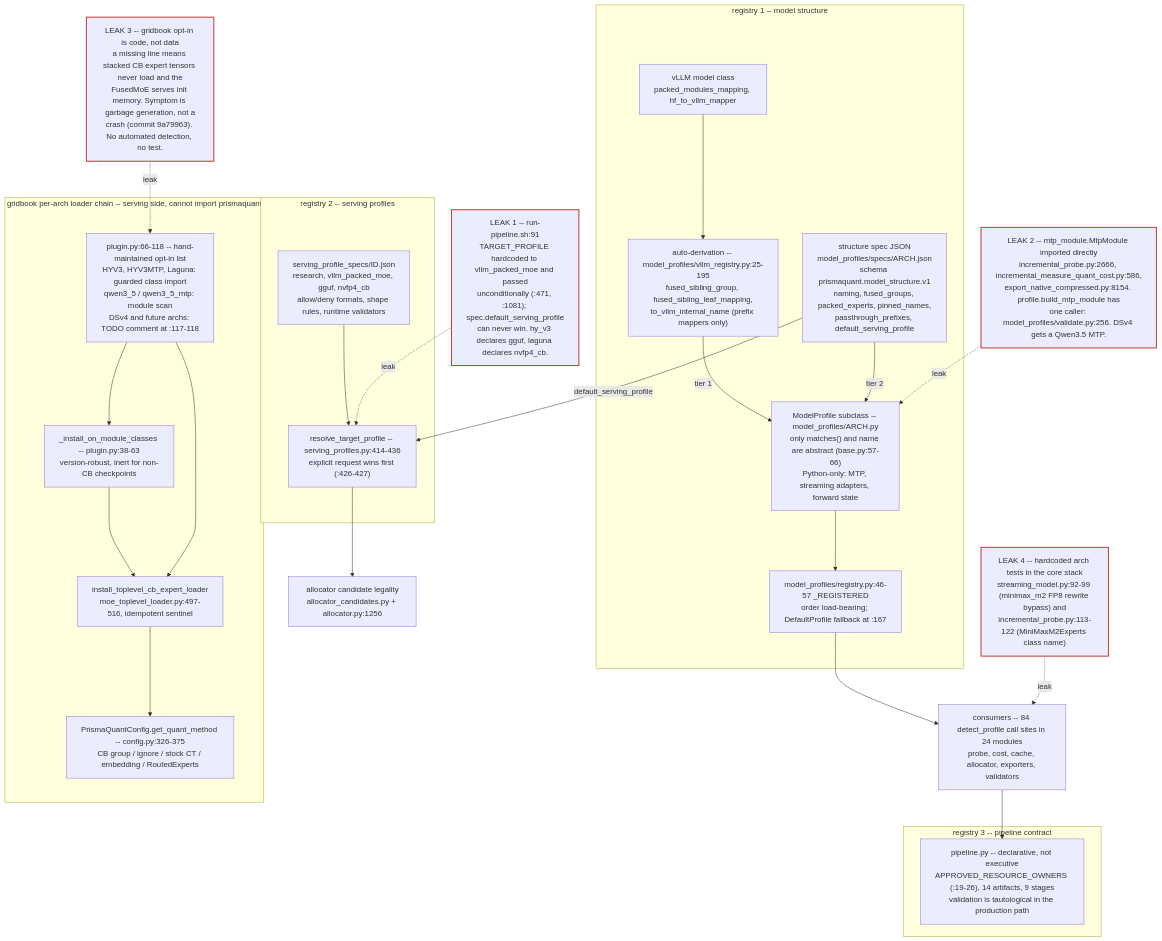
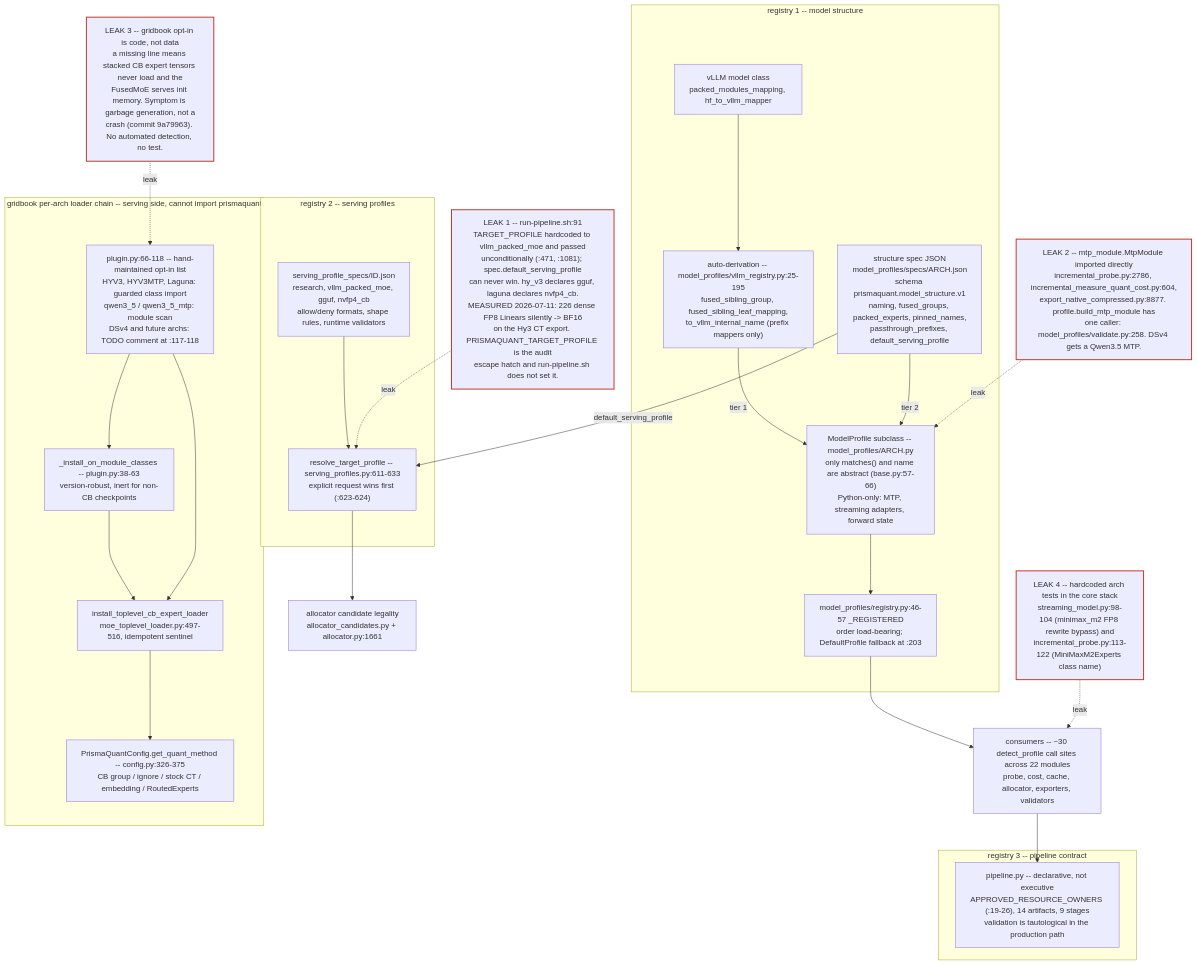
Before and after one commit to JeffreyLatter/prismaquant: the second of 3 diagrams in docs/ARCHITECTURE.md, drawn with Mermaid. The commit also changed other lines of this file and 3 other files, not shown here.

````diff
--- a/docs/ARCHITECTURE.md
+++ b/docs/ARCHITECTURE.md
@@ -882,57 +1046,57 @@
 ```mermaid
 flowchart TD
   subgraph R1["registry 1 -- model structure"]
     VLLMCLS["vLLM model class<br/>packed_modules_mapping, hf_to_vllm_mapper"]
     DERIVE["auto-derivation -- model_profiles/vllm_registry.py:25-195<br/>fused_sibling_group, fused_sibling_leaf_mapping,<br/>to_vllm_internal_name (prefix mappers only)"]
     SPEC["structure spec JSON<br/>model_profiles/specs/ARCH.json<br/>schema prismaquant.model_structure.v1<br/>naming, fused_groups, packed_experts, pinned_names,<br/>passthrough_prefixes, default_serving_profile"]
     PROF["ModelProfile subclass -- model_profiles/ARCH.py<br/>only matches() and name are abstract (base.py:57-66)<br/>Python-only: MTP, streaming adapters, forward state"]
-    REGY["model_profiles/registry.py:46-57 _REGISTERED<br/>order load-bearing; DefaultProfile fallback at :167"]
+    REGY["model_profiles/registry.py:46-57 _REGISTERED<br/>order load-bearing; DefaultProfile fallback at :203"]
   end
 
   VLLMCLS --> DERIVE
   DERIVE -->|"tier 1"| PROF
   SPEC -->|"tier 2"| PROF
   PROF --> REGY
 
-  CONSUMERS["consumers -- 84 detect_profile call sites in 24 modules<br/>probe, cost, cache, allocator, exporters, validators"]
+  CONSUMERS["consumers -- ~30 detect_profile call sites across 22 modules<br/>probe, cost, cache, allocator, exporters, validators"]
   REGY --> CONSUMERS
 
   subgraph R2["registry 2 -- serving profiles"]
     SPROF["serving_profile_specs/ID.json<br/>research, vllm_packed_moe, gguf, nvfp4_cb<br/>allow/deny formats, shape rules, runtime validators"]
-    RESOLVE["resolve_target_profile -- serving_profiles.py:414-436<br/>explicit request wins first (:426-427)"]
+    RESOLVE["resolve_target_profile -- serving_profiles.py:611-633<br/>explicit request wins first (:623-624)"]
   end
 
   SPEC -->|"default_serving_profile"| RESOLVE
   SPROF --> RESOLVE
-  RESOLVE --> ALLOCGATE["allocator candidate legality<br/>allocator_candidates.py + allocator.py:1256"]
+  RESOLVE --> ALLOCGATE["allocator candidate legality<br/>allocator_candidates.py + allocator.py:1661"]
 
   subgraph R3["registry 3 -- pipeline contract"]
     PIPE["pipeline.py -- declarative, not executive<br/>APPROVED_RESOURCE_OWNERS (:19-26), 14 artifacts, 9 stages<br/>validation is tautological in the production path"]
   end
   CONSUMERS --> PIPE
 
   subgraph GB["gridbook per-arch loader chain -- serving side, cannot import prismaquant"]
     GBPLUG["plugin.py:66-118 -- hand-maintained opt-in list<br/>HYV3, HYV3MTP, Laguna: guarded class import<br/>qwen3_5 / qwen3_5_mtp: module scan<br/>DSv4 and future archs: TODO comment at :117-118"]
     GBSCAN["_install_on_module_classes -- plugin.py:38-63<br/>version-robust, inert for non-CB checkpoints"]
     GBINST["install_toplevel_cb_expert_loader<br/>moe_toplevel_loader.py:497-516, idempotent sentinel"]
     GBCFG["PrismaQuantConfig.get_quant_method -- config.py:326-375<br/>CB group / ignore / stock CT / embedding / RoutedExperts"]
   end
 
   GBPLUG --> GBSCAN
   GBSCAN --> GBINST
   GBPLUG --> GBINST
   GBINST --> GBCFG
 
-  L1["LEAK 1 -- run-pipeline.sh:91<br/>TARGET_PROFILE hardcoded to vllm_packed_moe and passed<br/>unconditionally (:471, :1081); spec.default_serving_profile<br/>can never win. hy_v3 declares gguf, laguna declares nvfp4_cb."]
-  L2["LEAK 2 -- mtp_module.MtpModule imported directly<br/>incremental_probe.py:2666, incremental_measure_quant_cost.py:586,<br/>export_native_compressed.py:8154. profile.build_mtp_module has<br/>one caller: model_profiles/validate.py:256. DSv4 gets a Qwen3.5 MTP."]
+  L1["LEAK 1 -- run-pipeline.sh:91<br/>TARGET_PROFILE hardcoded to vllm_packed_moe and passed<br/>unconditionally (:471, :1081); spec.default_serving_profile<br/>can never win. hy_v3 declares gguf, laguna declares nvfp4_cb.<br/>MEASURED 2026-07-11: 226 dense FP8 Linears silently -> BF16<br/>on the Hy3 CT export. PRISMAQUANT_TARGET_PROFILE is the audit<br/>escape hatch and run-pipeline.sh does not set it."]
+  L2["LEAK 2 -- mtp_module.MtpModule imported directly<br/>incremental_probe.py:2786, incremental_measure_quant_cost.py:604,<br/>export_native_compressed.py:8877. profile.build_mtp_module has<br/>one caller: model_profiles/validate.py:258. DSv4 gets a Qwen3.5 MTP."]
   L3["LEAK 3 -- gridbook opt-in is code, not data<br/>a missing line means stacked CB expert tensors never load and the<br/>FusedMoE serves init memory. Symptom is garbage generation, not a<br/>crash (commit 9a79963). No automated detection, no test."]
-  L4["LEAK 4 -- hardcoded arch tests in the core stack<br/>streaming_model.py:92-99 (minimax_m2 FP8 rewrite bypass) and<br/>incremental_probe.py:113-122 (MiniMaxM2Experts class name)"]
+  L4["LEAK 4 -- hardcoded arch tests in the core stack<br/>streaming_model.py:98-104 (minimax_m2 FP8 rewrite bypass) and<br/>incremental_probe.py:113-122 (MiniMaxM2Experts class name)"]
 
   L1 -.->|"leak"| RESOLVE
   L2 -.->|"leak"| PROF
   L3 -.->|"leak"| GBPLUG
   L4 -.->|"leak"| CONSUMERS
 
   classDef leak stroke:#c0392b,stroke-width:2px
   class L1,L2,L3,L4 leak
 ```
````
